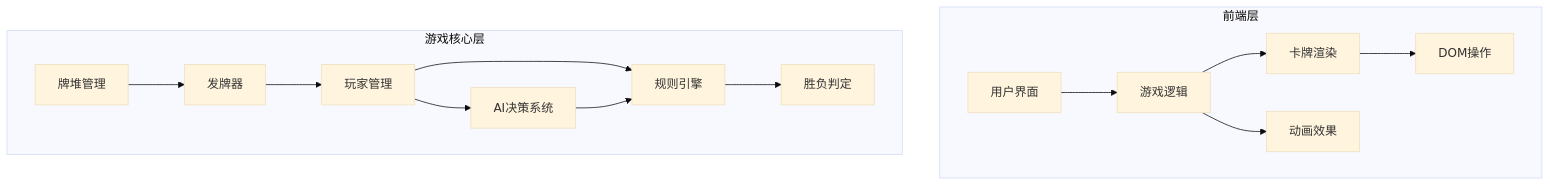
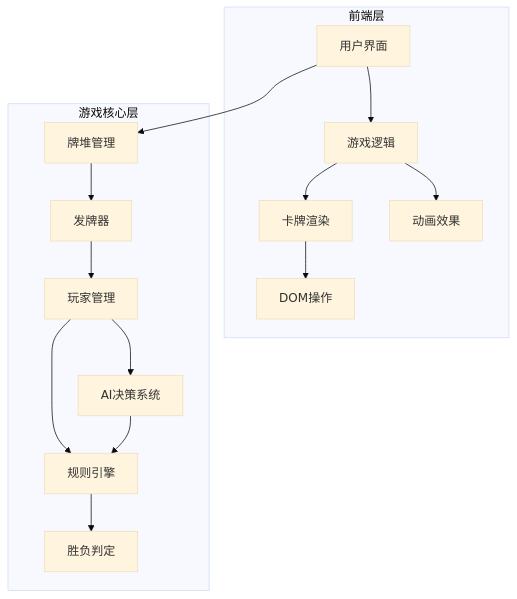
Before and after one commit to zweiandlen/Guandan: the diagram in .monkeycode/specs/2026-03-06-guandan-card-game/design.md, drawn with Mermaid (base theme). The commit also changed other lines of this file, not shown here.

````diff
--- a/.monkeycode/specs/2026-03-06-guandan-card-game/design.md
+++ b/.monkeycode/specs/2026-03-06-guandan-card-game/design.md
@@ -14,18 +34,20 @@
 ```mermaid
 graph TB
     subgraph "前端层"
         A[用户界面] --> B[游戏逻辑]
         B --> C[卡牌渲染]
         B --> D[动画效果]
         C --> E[DOM操作]
     end
 
     subgraph "游戏核心层"
         F[牌堆管理] --> G[发牌器]
         G --> H[玩家管理]
         H --> I[规则引擎]
         I --> J[胜负判定]
         H --> K[AI决策系统]
         K --> I
     end
+
+    A --> F
 ```
````
